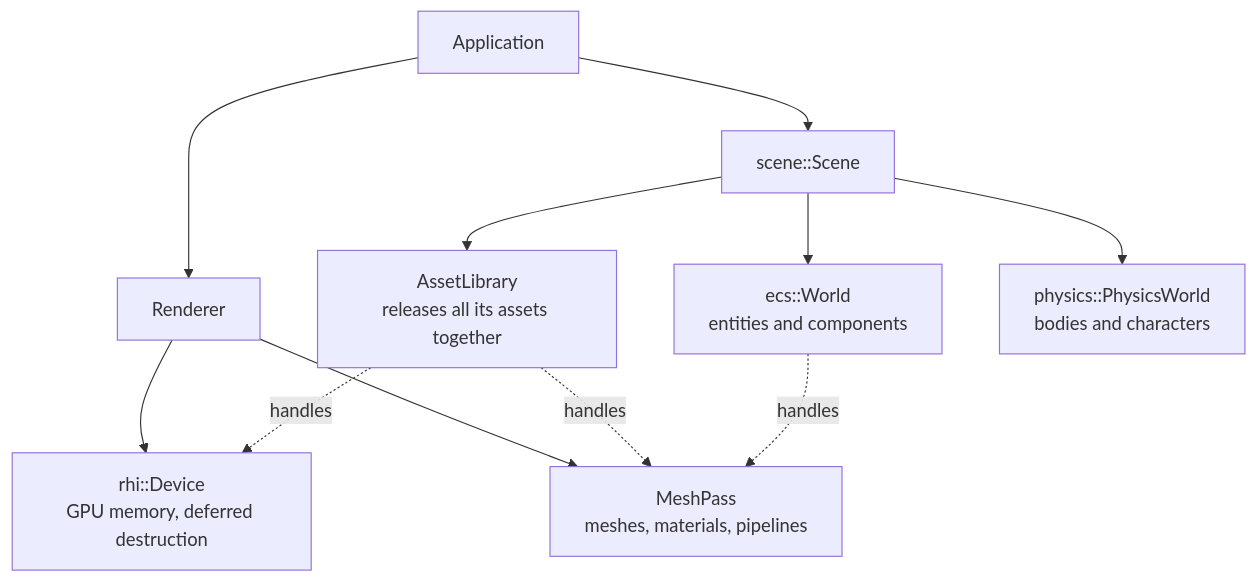
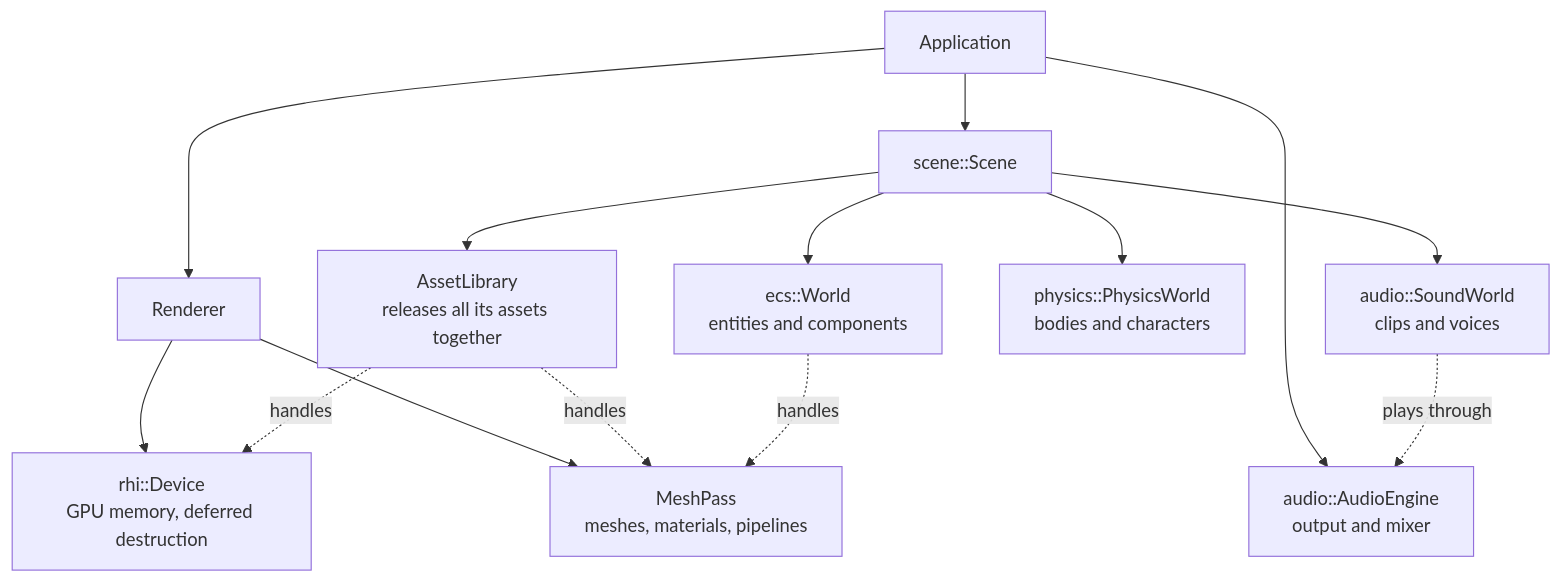
One commit to SBXdev3D/daidalos-engine-next changed the fifth of 6 diagrams in docs/ARCHITECTURE.md. Above: the diagram before and after it, drawn with Mermaid. The commit also changed other lines of this file and 28 other files, not shown here.

First line of the commit message:
Add audio with miniaudio, and the sounds of the factory

````diff
--- a/docs/ARCHITECTURE.md
+++ b/docs/ARCHITECTURE.md
@@ -149,13 +153,16 @@
 ```mermaid
 flowchart TD
     App["Application"] --> Renderer
     Renderer --> Device["rhi::Device<br/>GPU memory, deferred destruction"]
     Renderer --> MeshPass["MeshPass<br/>meshes, materials, pipelines"]
     App --> Scene["scene::Scene"]
     Scene --> Library["AssetLibrary<br/>releases all its assets together"]
     Scene --> World["ecs::World<br/>entities and components"]
     Scene --> Physics["physics::PhysicsWorld<br/>bodies and characters"]
+    Scene --> Sounds["audio::SoundWorld<br/>clips and voices"]
+    App --> Audio["audio::AudioEngine<br/>output and mixer"]
+    Sounds -. "plays through" .-> Audio
     Library -. "handles" .-> MeshPass
     Library -. "handles" .-> Device
     World -. "handles" .-> MeshPass
 ```
````
